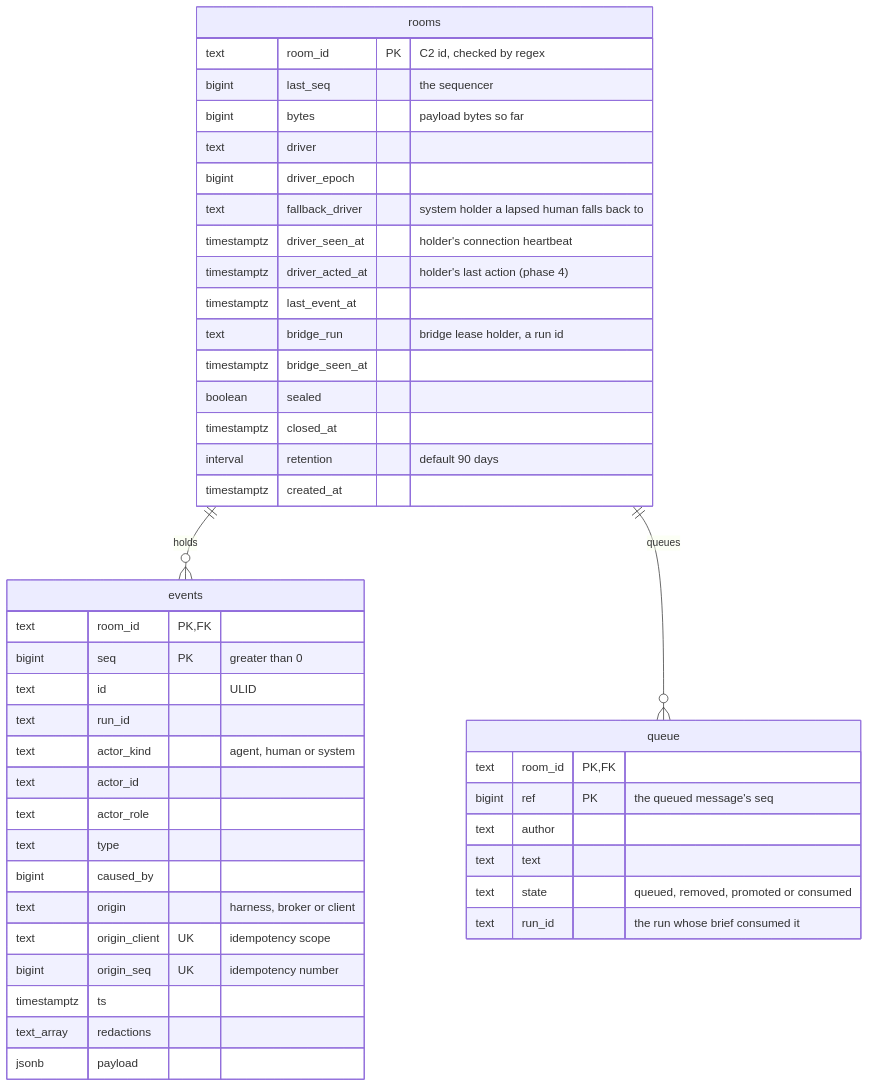
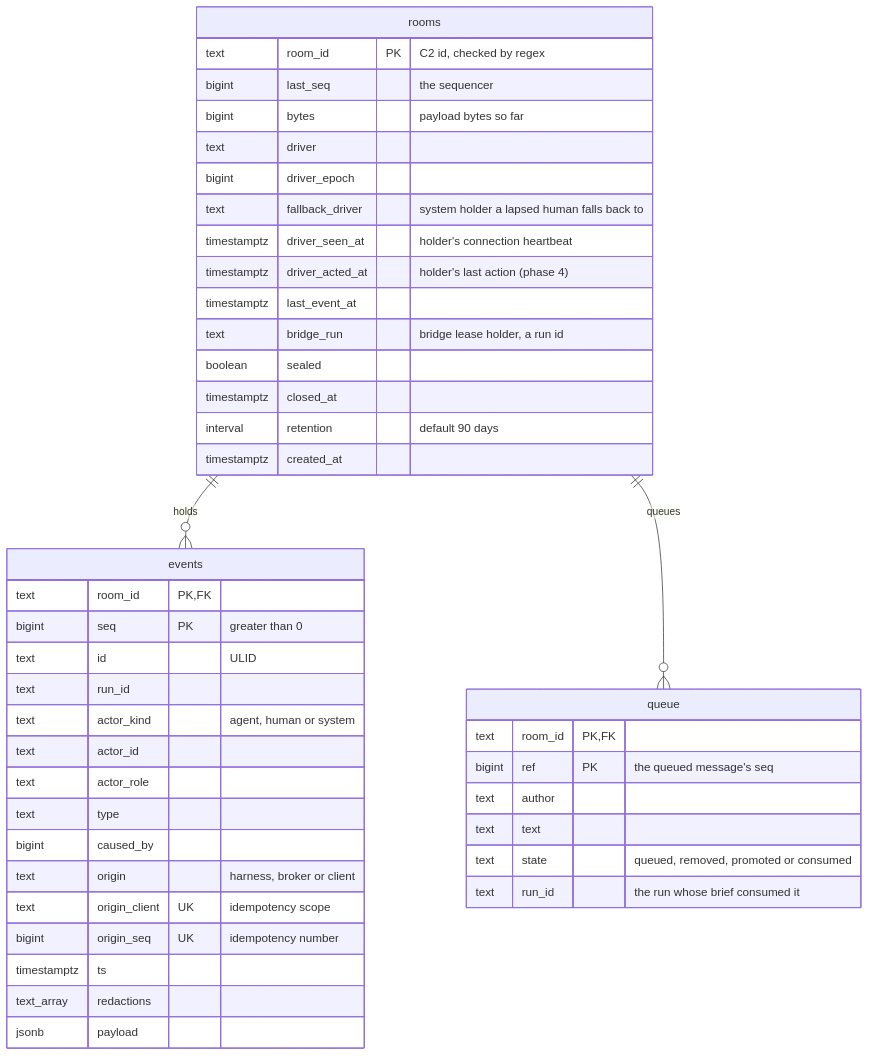
The first of 3 diagrams in docs/room-log.md (Smana/agent-platform), drawn with Mermaid before and after one commit. The commit also changed other lines of this file and 7 other files, not shown here.

Commit message:
refactor(store): drop the unread bridge_seen_at column

````diff
--- a/docs/room-log.md
+++ b/docs/room-log.md
@@ -12,47 +12,46 @@
 ```mermaid
 erDiagram
   rooms ||--o{ events : "holds"
   rooms ||--o{ queue : "queues"
   rooms {
     text room_id PK "C2 id, checked by regex"
     bigint last_seq "the sequencer"
     bigint bytes "payload bytes so far"
     text driver
     bigint driver_epoch
     text fallback_driver "system holder a lapsed human falls back to"
     timestamptz driver_seen_at "holder's connection heartbeat"
     timestamptz driver_acted_at "holder's last action (phase 4)"
     timestamptz last_event_at
     text bridge_run "bridge lease holder, a run id"
-    timestamptz bridge_seen_at
     boolean sealed
     timestamptz closed_at
     interval retention "default 90 days"
     timestamptz created_at
   }
   events {
     text room_id PK, FK
     bigint seq PK "greater than 0"
     text id "ULID"
     text run_id
     text actor_kind "agent, human or system"
     text actor_id
     text actor_role
     text type
     bigint caused_by
     text origin "harness, broker or client"
     text origin_client UK "idempotency scope"
     bigint origin_seq UK "idempotency number"
     timestamptz ts
     text_array redactions
     jsonb payload
   }
   queue {
     text room_id PK, FK
     bigint ref PK "the queued message's seq"
     text author
     text text
     text state "queued, removed, promoted or consumed"
     text run_id "the run whose brief consumed it"
   }
 ```
````
